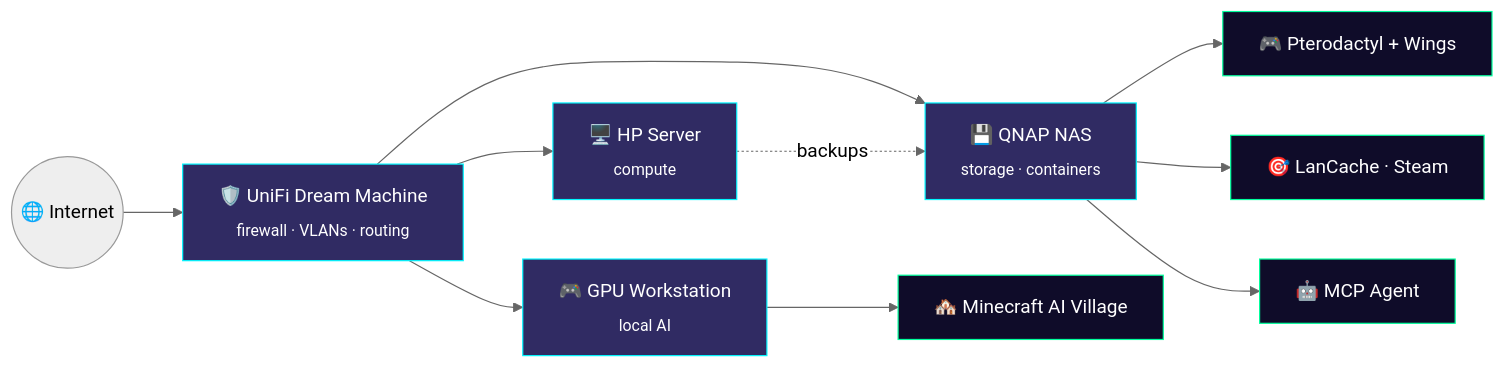
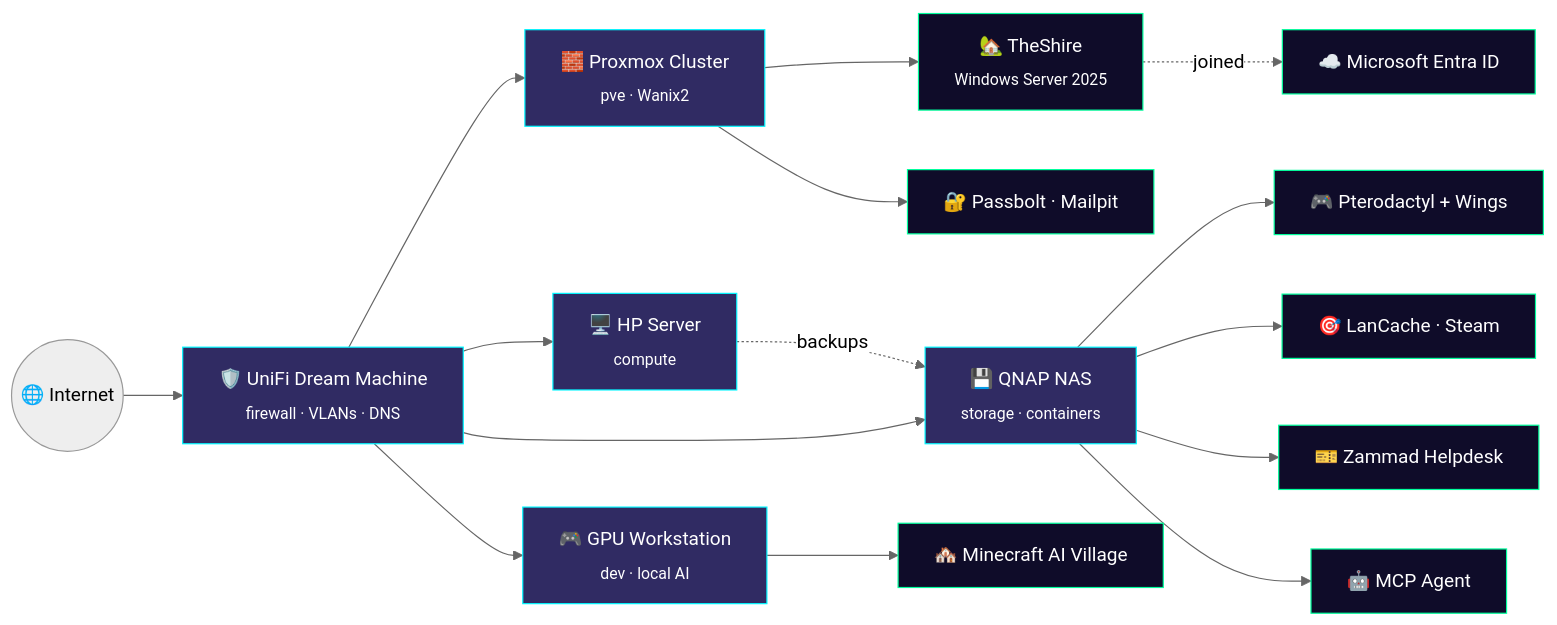
Before and after one commit to WiggleCodes/WiggleCodes: the diagram in README.md, drawn with Mermaid (neutral theme). The commit also changed other lines of this file, not shown here.

````diff
--- a/README.md
+++ b/README.md
@@ -100,19 +144,25 @@
 ```mermaid
 flowchart LR
-    NET((🌐 Internet)) --> UDM[🛡️ UniFi Dream Machine<br/><sub>firewall · VLANs · routing</sub>]
+    NET((🌐 Internet)) --> UDM[🛡️ UniFi Dream Machine<br/><sub>firewall · VLANs · DNS</sub>]
+    UDM --> PVE[🧱 Proxmox Cluster<br/><sub>pve · Wanix2</sub>]
     UDM --> HP[🖥️ HP Server<br/><sub>compute</sub>]
     UDM --> NAS[💾 QNAP NAS<br/><sub>storage · containers</sub>]
-    UDM --> PC[🎮 GPU Workstation<br/><sub>local AI</sub>]
+    UDM --> PC[🎮 GPU Workstation<br/><sub>dev · local AI</sub>]
+
+    PVE --> SHIRE[🏡 TheShire<br/><sub>Windows Server 2025</sub>]
+    PVE --> PB[🔐 Passbolt · Mailpit]
+    SHIRE -. joined .-> ENTRA[☁️ Microsoft Entra ID]
 
     NAS --> PT[🎮 Pterodactyl + Wings]
     NAS --> LC[🎯 LanCache · Steam]
+    NAS --> ZM[🎫 Zammad Helpdesk]
     NAS --> MCP[🤖 MCP Agent]
     HP -. backups .-> NAS
 
     PC --> MC[🏘️ Minecraft AI Village]
 
     classDef core fill:#302b63,stroke:#00f7ff,color:#fff;
     classDef svc fill:#0f0c29,stroke:#00ff9d,color:#fff;
-    class UDM,HP,NAS,PC core;
-    class PT,LC,MCP,MC svc;
+    class UDM,PVE,HP,NAS,PC core;
+    class SHIRE,PB,ENTRA,PT,LC,ZM,MCP,MC svc;
 ```
````
